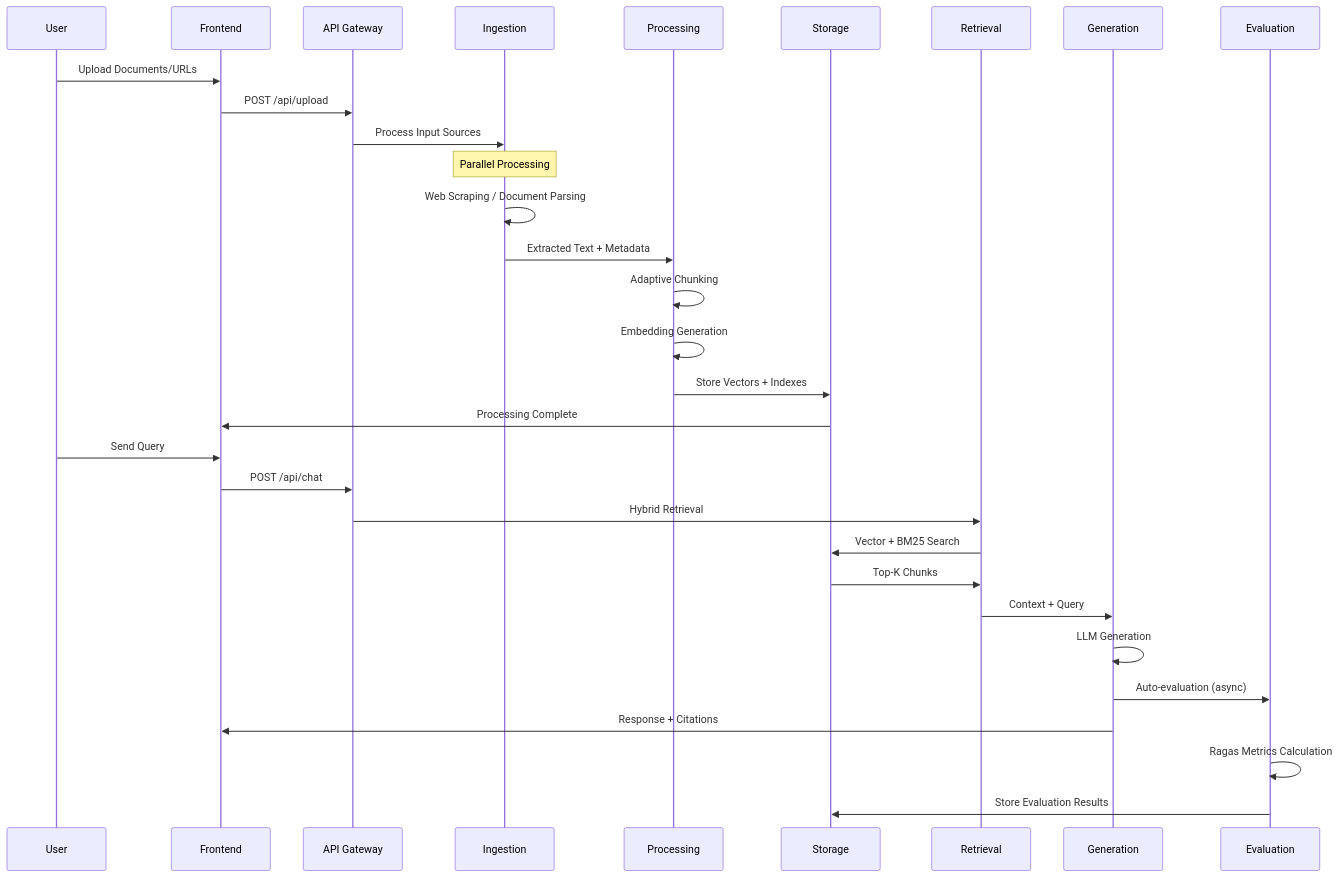
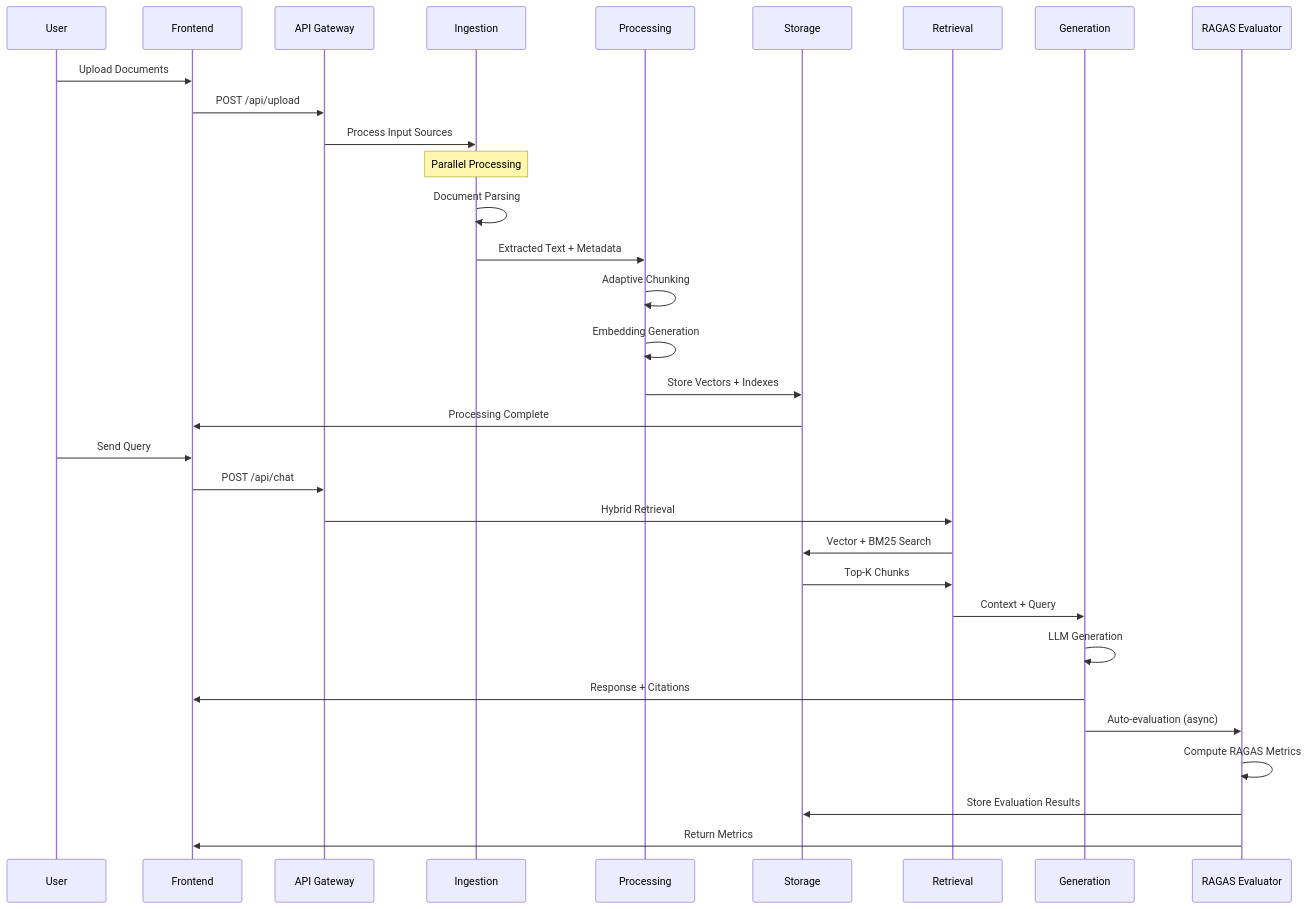
The eighth of 12 diagrams in docs/ARCHITECTURE.md (satyaki-mitra/docu-vault-ai), drawn with Mermaid before and after one commit. The commit also changed other lines of this file and 1 other file, not shown here.

````diff
--- a/docs/ARCHITECTURE.md
+++ b/docs/ARCHITECTURE.md
@@ -366,41 +418,42 @@
 ```mermaid
 sequenceDiagram
     participant U as User
     participant F as Frontend
     participant A as API Gateway
     participant I as Ingestion
     participant P as Processing
     participant S as Storage
     participant R as Retrieval
     participant G as Generation
-    participant E as Evaluation
+    participant E as RAGAS Evaluator
     
-    U->>F: Upload Documents/URLs
+    U->>F: Upload Documents
     F->>A: POST /api/upload
     A->>I: Process Input Sources
     
     Note over I: Parallel Processing
-    I->>I: Web Scraping / Document Parsing
+    I->>I: Document Parsing
     I->>P: Extracted Text + Metadata
     
     P->>P: Adaptive Chunking
     P->>P: Embedding Generation
     P->>S: Store Vectors + Indexes
     
     S->>F: Processing Complete
     
     U->>F: Send Query
     F->>A: POST /api/chat
     
     A->>R: Hybrid Retrieval
     R->>S: Vector + BM25 Search
     S->>R: Top-K Chunks
     
     R->>G: Context + Query
     G->>G: LLM Generation
-    G->>E: Auto-evaluation (async)
     G->>F: Response + Citations
     
-    E->>E: Ragas Metrics Calculation
+    G->>E: Auto-evaluation (async)
+    E->>E: Compute RAGAS Metrics
     E->>S: Store Evaluation Results
+    E->>F: Return Metrics
 ```
````
